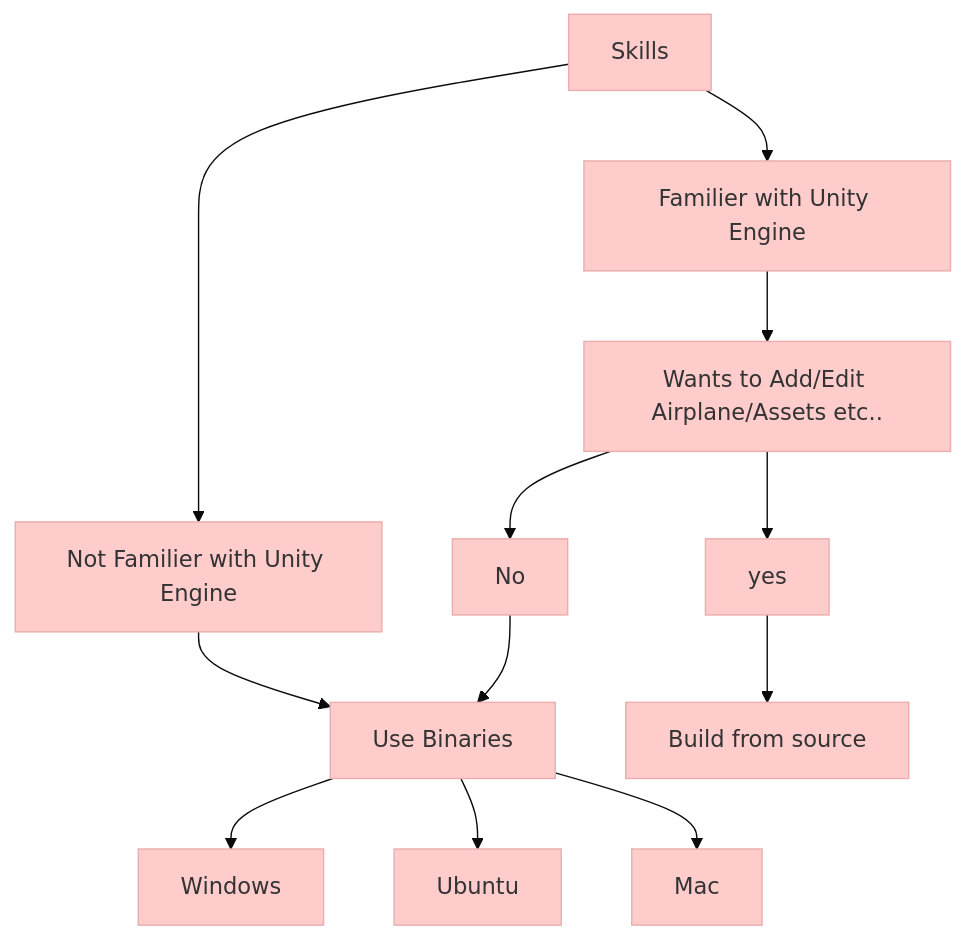
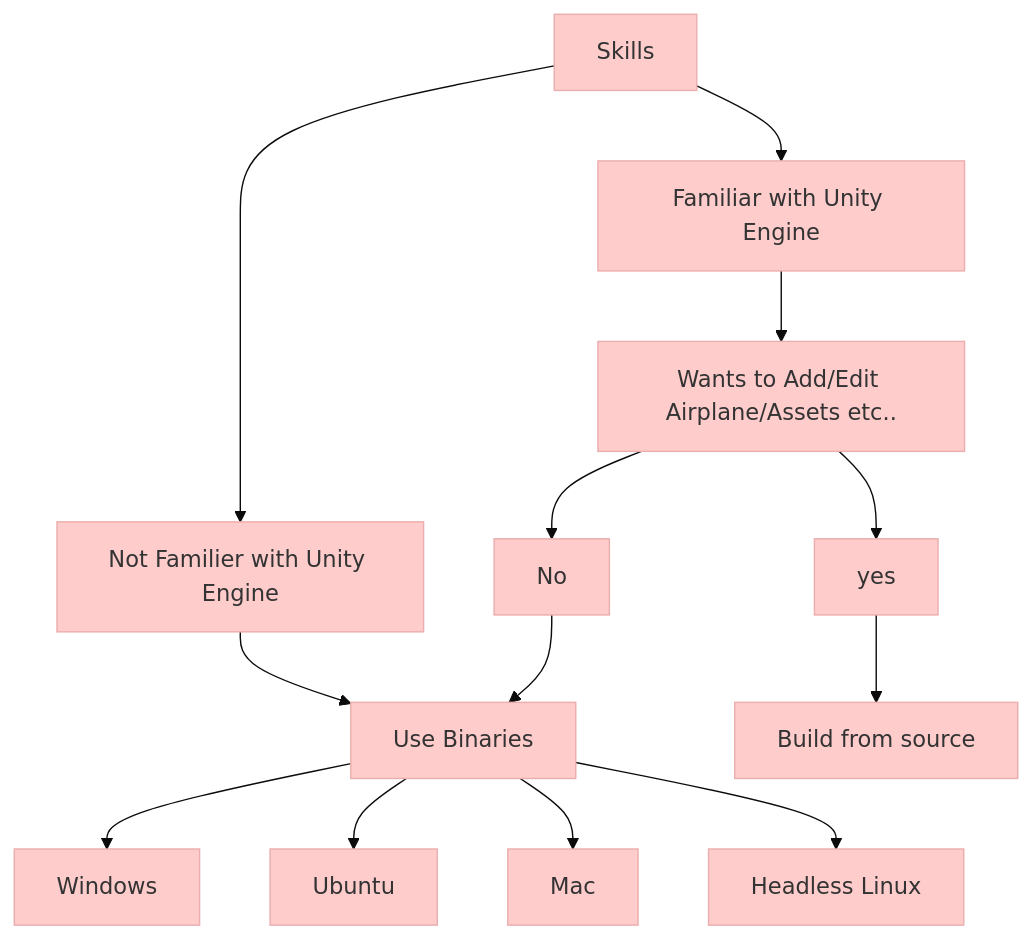
One commit to snlpatel001213/AirControl changed the diagram in README.md. Above: the diagram before and after it, drawn with Mermaid. The commit also changed other lines of this file and 21 other files, not shown here.

````diff
--- a/README.md
+++ b/README.md
@@ -86,15 +112,16 @@
 ```mermaid
 %%{init: {'theme': 'base', 'themeVariables': { 'primaryColor': '#ffcccc', 'edgeLabelBackground':'#ffffee', 'tertiaryColor': '#fff0f0'}}}%%
 graph TD
     A[Skills] --> C[Not Familier with Unity Engine]
     C --> C_1[Use Binaries]
     C_1 --> D[Windows]
     C_1 --> E[Ubuntu]
     C_1 --> F[Mac]
-    A[Skills] --> B[Familier with Unity Engine]
+	C_1 --> G[Headless Linux]
+    A[Skills] --> B[Familiar with Unity Engine]
     B --> H[Wants to Add/Edit Airplane/Assets etc..]
     H --> I[yes]
     H --> J[No]
     I --> K[Build from source]
     J --> C_1
 ```
````
